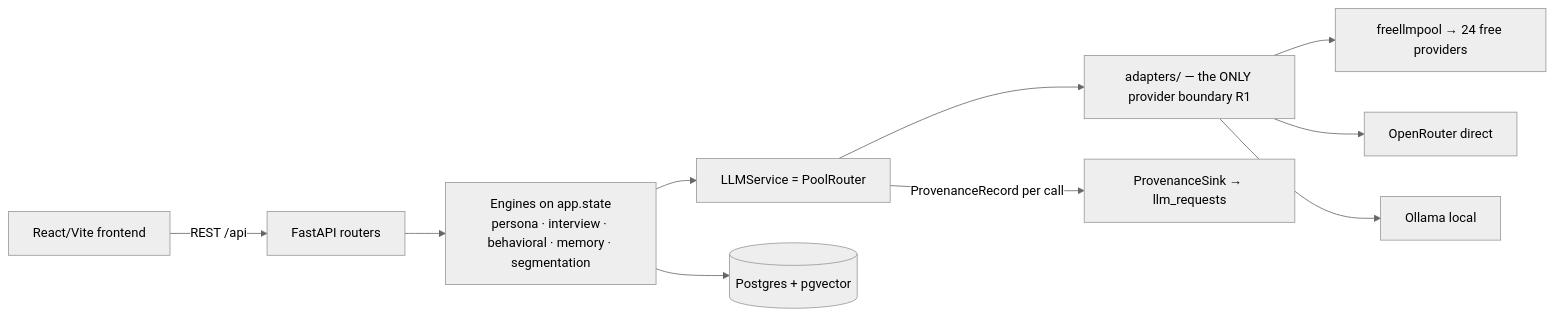
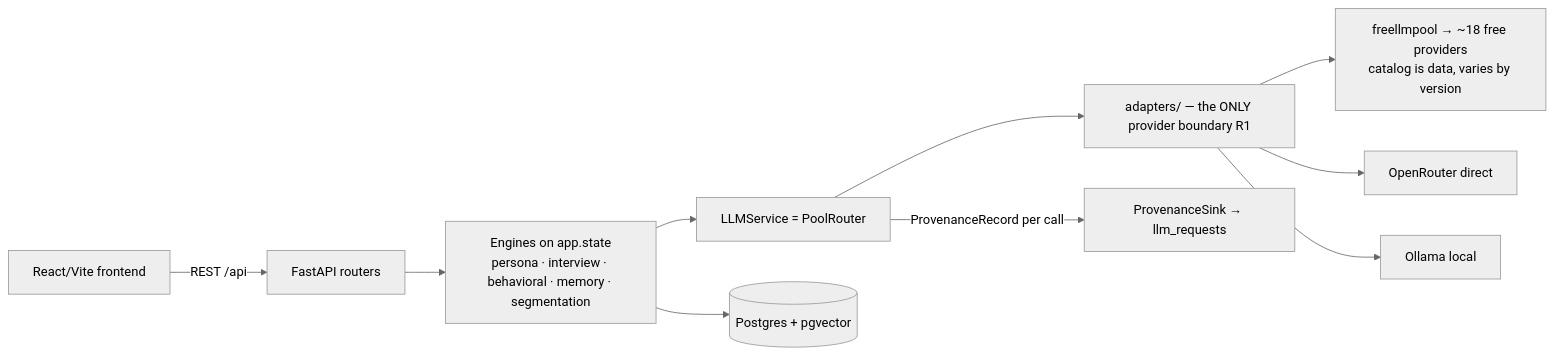
One commit to Tayebbb/BebshaX changed the diagram in docs/ARCHITECTURE.md. Above: the diagram before and after it, drawn with Mermaid (neutral theme). The commit also changed 7 other files, not shown here.

````diff
--- a/docs/ARCHITECTURE.md
+++ b/docs/ARCHITECTURE.md
@@ -7,12 +7,12 @@
 ```mermaid
 flowchart LR
     FE[React/Vite frontend] -->|REST /api| API[FastAPI routers]
     API --> ENG[Engines on app.state<br/>persona · interview · behavioral · memory · segmentation]
     ENG --> SVC[LLMService = PoolRouter]
     SVC --> AD[adapters/ — the ONLY provider boundary R1]
-    AD --> FLP[freellmpool → 24 free providers]
+    AD --> FLP[freellmpool → ~18 free providers<br/>catalog is data, varies by version]
     AD --> OR[OpenRouter direct]
     AD --> OL[Ollama local]
     SVC -->|ProvenanceRecord per call| SINK[ProvenanceSink → llm_requests]
     ENG --> PG[(Postgres + pgvector)]
 ```
````
